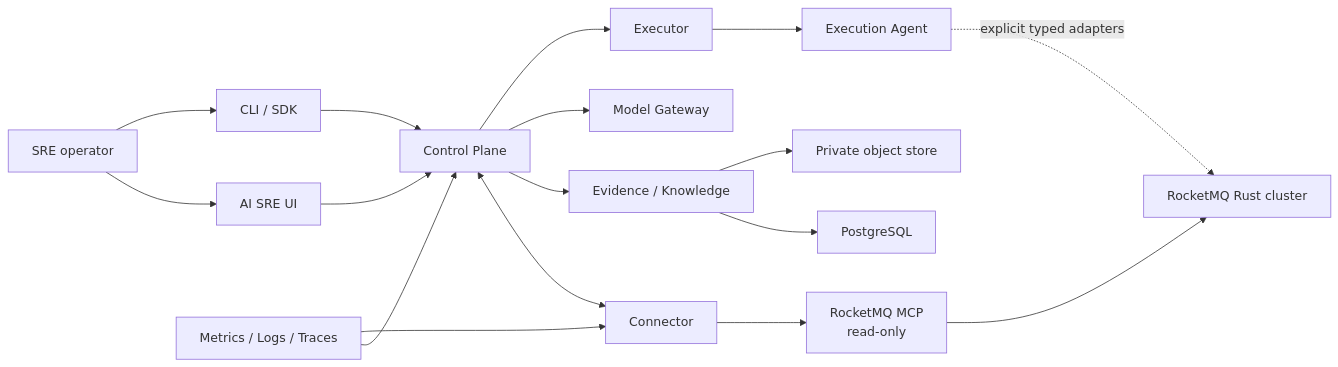
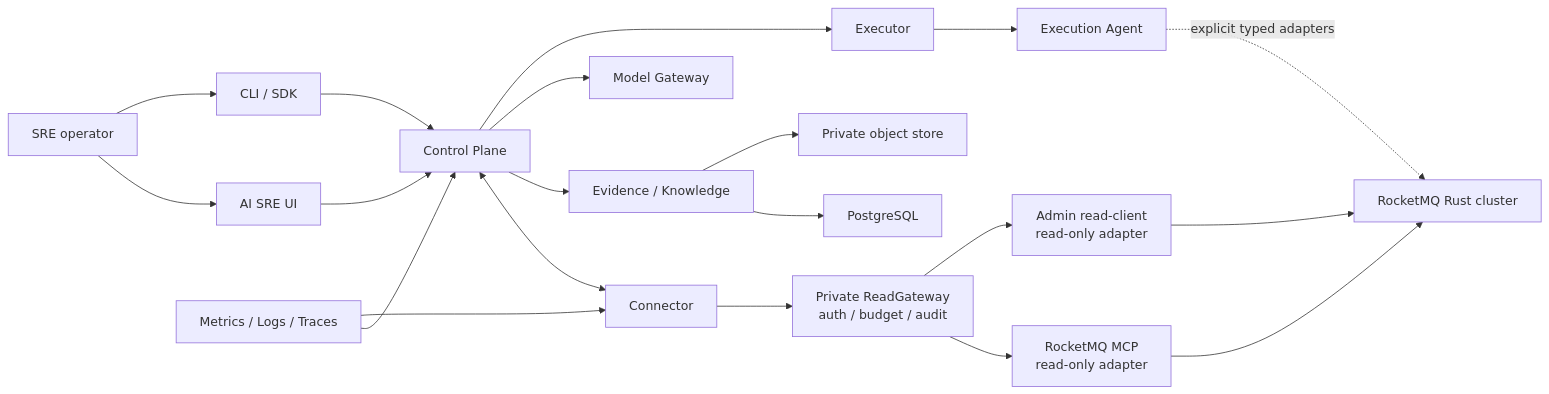
Before and after one commit to mxsm/rocketmq-rust: the diagram in rocketmq-sre/README.md, drawn with Mermaid. The commit also changed other lines of this file and 25 other files, not shown here.

Commit message:
[ISSUE #8882]♻️Enforce a single SRE RocketMQ read gateway

````diff
--- a/rocketmq-sre/README.md
+++ b/rocketmq-sre/README.md
@@ -42,22 +42,25 @@
 ```mermaid
 flowchart LR
     Operator["SRE operator"] --> UI["AI SRE UI"]
     Operator --> CLI["CLI / SDK"]
     UI --> CP["Control Plane"]
     CLI --> CP
 
     CP <--> Connector["Connector"]
-    Connector --> MCP["RocketMQ MCP<br/>read-only"]
+    Connector --> ReadGateway["Private ReadGateway<br/>auth / budget / audit"]
+    ReadGateway --> MCP["RocketMQ MCP<br/>read-only adapter"]
+    ReadGateway --> Admin["Admin read-client<br/>read-only adapter"]
     MCP --> Cluster["RocketMQ Rust cluster"]
+    Admin --> Cluster
 
     CP --> Evidence["Evidence / Knowledge"]
     Evidence --> PostgreSQL["PostgreSQL"]
     Evidence --> ObjectStore["Private object store"]
     CP --> ModelGateway["Model Gateway"]
     CP --> Executor["Executor"]
     Executor --> Agent["Execution Agent"]
     Agent -. "explicit typed adapters" .-> Cluster
 
     Telemetry["Metrics / Logs / Traces"] --> CP
     Telemetry --> Connector
 ```
````
